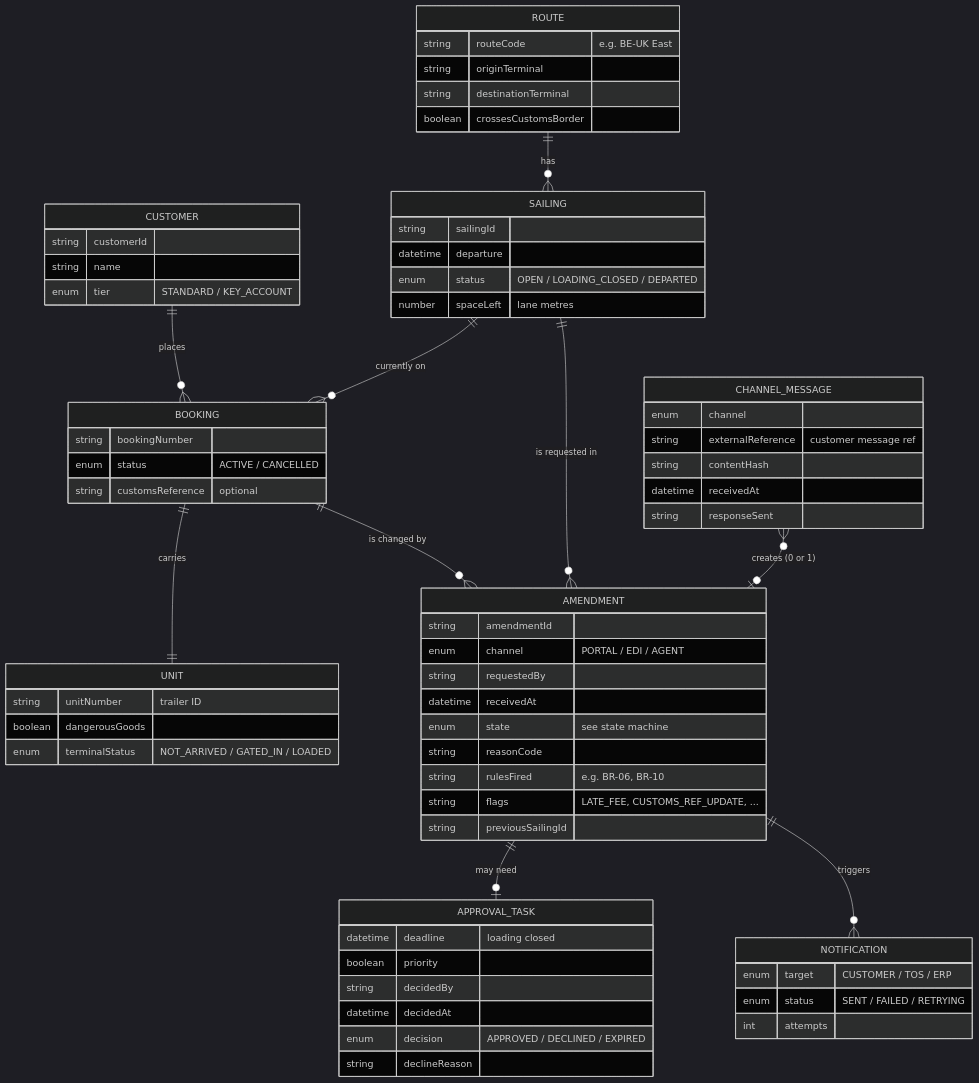
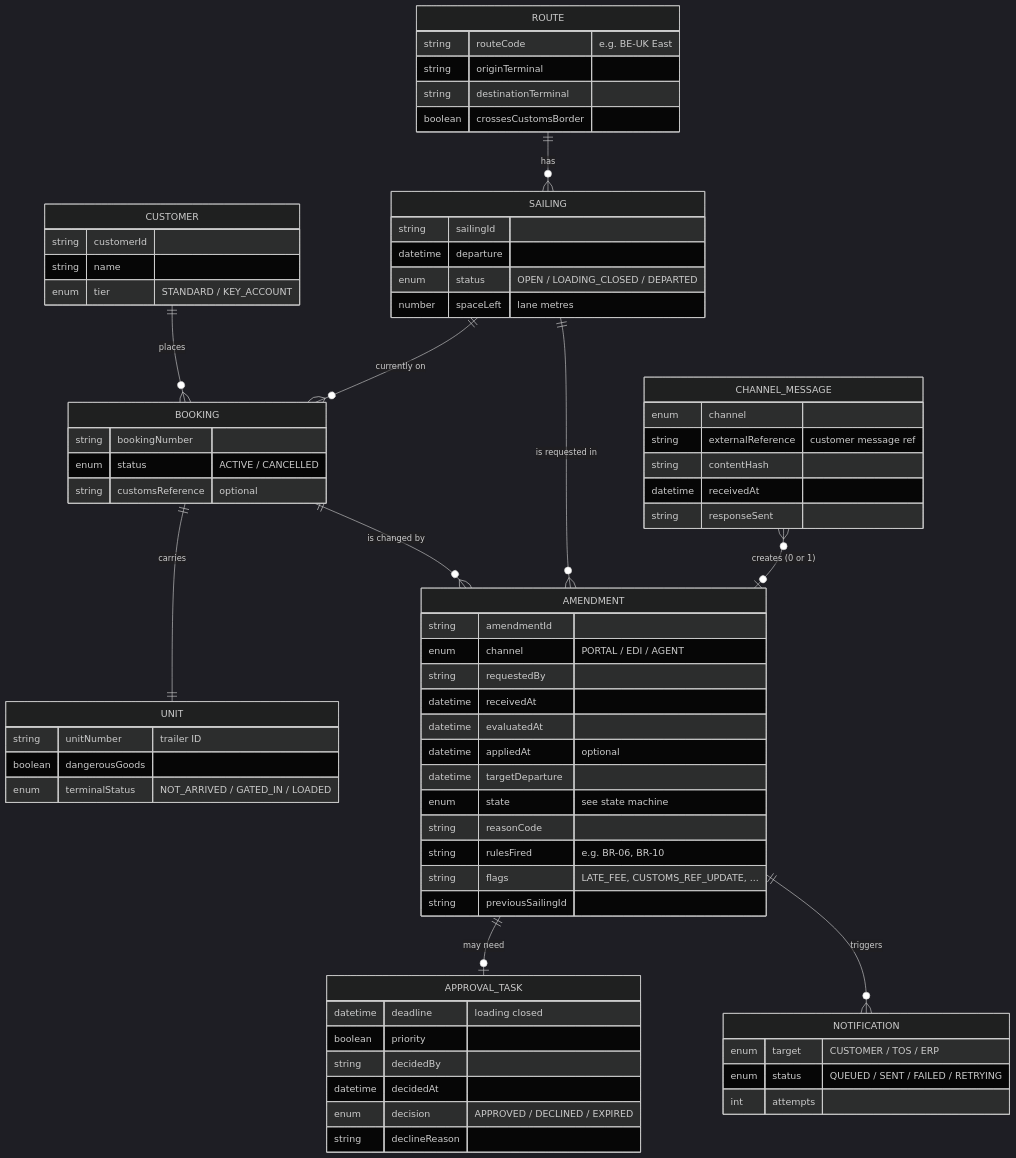
Before and after one commit to phlppgdfry/shortsea-booking-functional-analysis: the diagram in docs/05-models/logical-data-model.md, drawn with Mermaid (dark theme). The commit also changed other lines of this file and 23 other files, not shown here.

````diff
--- a/docs/05-models/logical-data-model.md
+++ b/docs/05-models/logical-data-model.md
@@ -5,71 +5,74 @@
 ```mermaid
 erDiagram
   CUSTOMER ||--o{ BOOKING : places
   ROUTE ||--o{ SAILING : has
   SAILING ||--o{ BOOKING : "currently on"
   BOOKING ||--|| UNIT : carries
   BOOKING ||--o{ AMENDMENT : "is changed by"
   SAILING ||--o{ AMENDMENT : "is requested in"
   CHANNEL_MESSAGE }o--o| AMENDMENT : "creates (0 or 1)"
   AMENDMENT ||--o| APPROVAL_TASK : "may need"
   AMENDMENT ||--o{ NOTIFICATION : triggers
 
   CUSTOMER {
     string customerId
     string name
     enum tier "STANDARD / KEY_ACCOUNT"
   }
   ROUTE {
     string routeCode "e.g. BE-UK East"
     string originTerminal
     string destinationTerminal
     boolean crossesCustomsBorder
   }
   SAILING {
     string sailingId
     datetime departure
     enum status "OPEN / LOADING_CLOSED / DEPARTED"
     number spaceLeft "lane metres"
   }
   BOOKING {
     string bookingNumber
     enum status "ACTIVE / CANCELLED"
     string customsReference "optional"
   }
   UNIT {
     string unitNumber "trailer ID"
     boolean dangerousGoods
     enum terminalStatus "NOT_ARRIVED / GATED_IN / LOADED"
   }
   AMENDMENT {
     string amendmentId
     enum channel "PORTAL / EDI / AGENT"
     string requestedBy
     datetime receivedAt
+    datetime evaluatedAt
+    datetime appliedAt "optional"
+    datetime targetDeparture
     enum state "see state machine"
     string reasonCode
     string rulesFired "e.g. BR-06, BR-10"
     string flags "LATE_FEE, CUSTOMS_REF_UPDATE, ..."
     string previousSailingId
   }
   CHANNEL_MESSAGE {
     enum channel
     string externalReference "customer message ref"
     string contentHash
     datetime receivedAt
     string responseSent
   }
   APPROVAL_TASK {
     datetime deadline "loading closed"
     boolean priority
     string decidedBy
     datetime decidedAt
     enum decision "APPROVED / DECLINED / EXPIRED"
     string declineReason
   }
   NOTIFICATION {
     enum target "CUSTOMER / TOS / ERP"
-    enum status "SENT / FAILED / RETRYING"
+    enum status "QUEUED / SENT / FAILED / RETRYING"
     int attempts
   }
 ```
````
